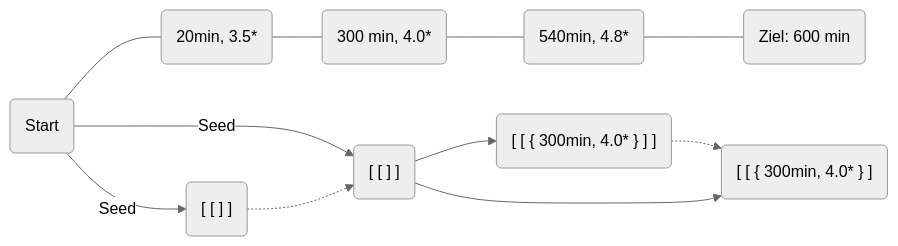
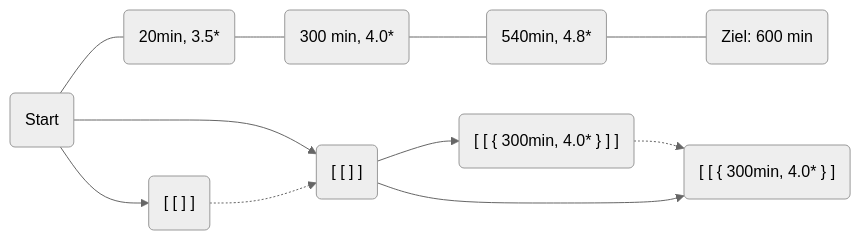
Before and after one commit to finn-rudolph/bwinf2021-1: the diagram in vollgeladen.md, drawn with Mermaid (neutral theme). The commit also changed other lines of this file and 7 other files, not shown here.

````diff
--- a/vollgeladen.md
+++ b/vollgeladen.md
@@ -21,25 +29,25 @@
 ```mermaid
 flowchart LR
 
 
 s(Start)---h1(20min, 3.5*)---h2(300 min, 4.0*)---h3(540min, 4.8*)---z(Ziel: 600 min)
 
-s -->|Seed| m1
-s -->|Seed| m2
+s --> m1
+s --> m2
 
 h1
 m1("[ [ ] ]")
 m1 -.-> m2 --> m3 -.-> m4
 
 m2 --> m4
 
 
 h2
 m2("[ [ ] ]")
 
 h3
 
 m3("[ [ { 300min, 4.0* } ] ]")
 
 m4("[ [ { 300min, 4.0* } ]")
 ```
````
